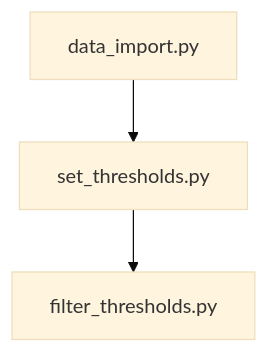
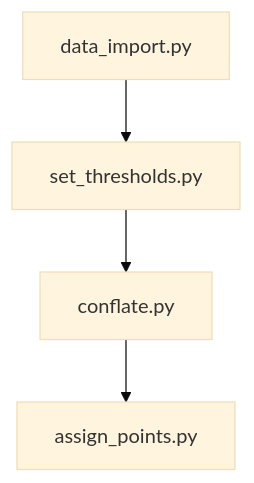
One commit to dvrpc/mercer_mobility changed the diagram in README.md. Above: the diagram before and after it, drawn with Mermaid (base theme). The commit also changed other lines of this file, not shown here.

````diff
--- a/README.md
+++ b/README.md
@@ -7,5 +11,6 @@
 ```mermaid
   graph TD;
       data_import.py-->set_thresholds.py;
-      set_thresholds.py-->filter_thresholds.py;
+      set_thresholds.py-->conflate.py;
+      conflate.py-->assign_points.py;
 ```
````
